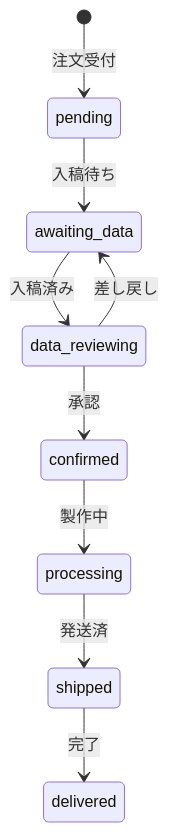
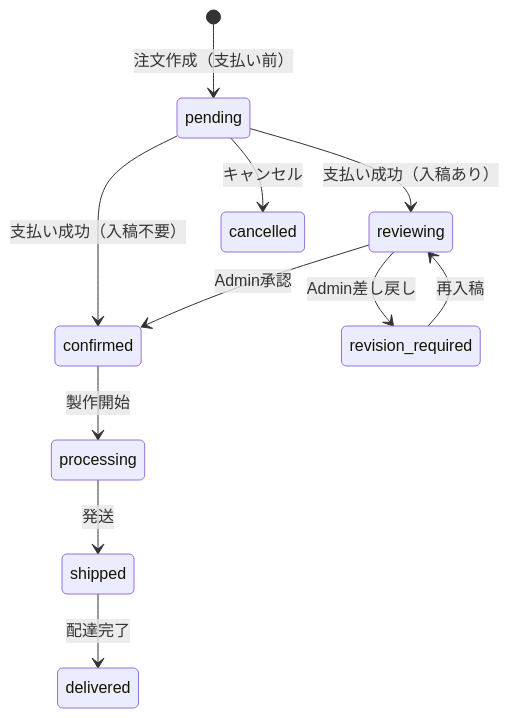
Before and after one commit to ShotaGhoona/acrique-v1: the third of 4 diagrams in docs/requirements/11-画面遷移.md, drawn with Mermaid. The commit also changed other lines of this file and 4 other files, not shown here.

````diff
--- a/docs/requirements/11-画面遷移.md
+++ b/docs/requirements/11-画面遷移.md
@@ -43,11 +43,18 @@
 ```mermaid
 stateDiagram-v2
-    [*] --> pending: 注文受付
-    pending --> awaiting_data: 入稿待ち
-    awaiting_data --> data_reviewing: 入稿済み
-    data_reviewing --> confirmed: 承認
-    data_reviewing --> awaiting_data: 差し戻し
-    confirmed --> processing: 製作中
-    processing --> shipped: 発送済
-    shipped --> delivered: 完了
+    [*] --> pending: 注文作成（支払い前）
+
+    pending --> confirmed: 支払い成功（入稿不要）
+    pending --> reviewing: 支払い成功（入稿あり）
+
+    reviewing --> confirmed: Admin承認
+    reviewing --> revision_required: Admin差し戻し
+
+    revision_required --> reviewing: 再入稿
+
+    confirmed --> processing: 製作開始
+    processing --> shipped: 発送
+    shipped --> delivered: 配達完了
+
+    pending --> cancelled: キャンセル
 ```
````
